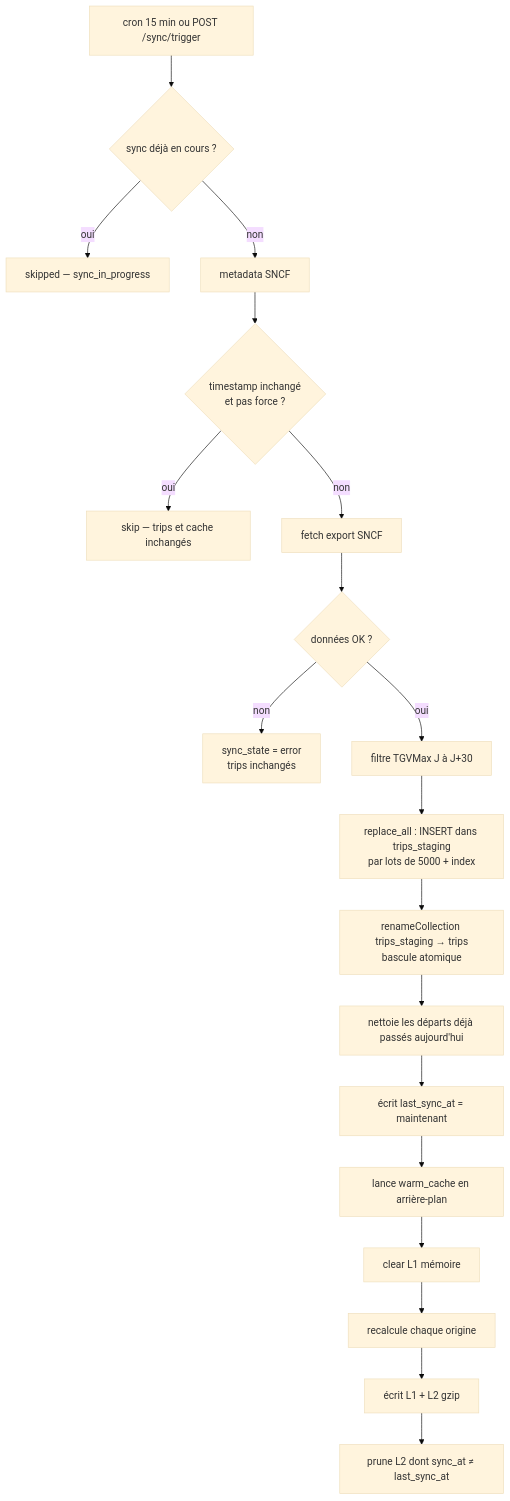
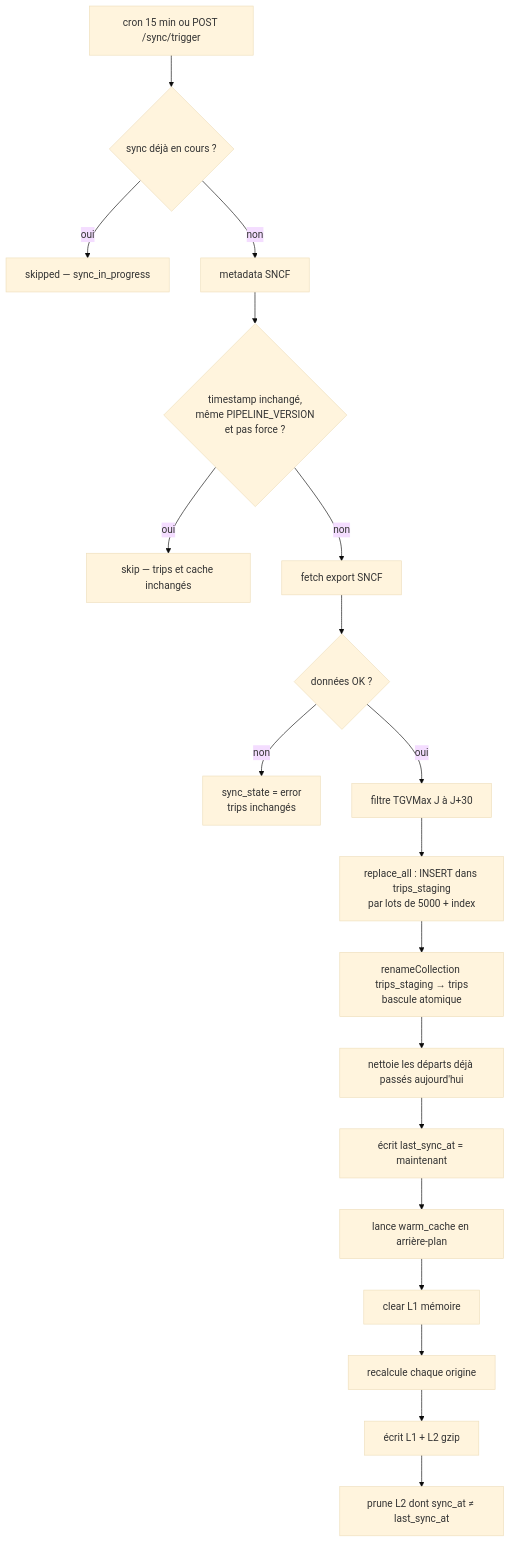
The diagram in doc/diagrams/01-sync.md (gabrielluthun/maxtracker), drawn with Mermaid (base theme) before and after one commit. The commit also changed other lines of this file and 4 other files, not shown here.

````diff
--- a/doc/diagrams/01-sync.md
+++ b/doc/diagrams/01-sync.md
@@ -13,21 +13,21 @@
 ```mermaid
 flowchart TD
   T[cron 15 min ou POST /sync/trigger] --> LK{sync déjà en cours ?}
   LK -->|oui| BZ[skipped — sync_in_progress]
   LK -->|non| A[metadata SNCF]
-  A --> S{timestamp inchangé<br/>et pas force ?}
+  A --> S{timestamp inchangé,<br/>même PIPELINE_VERSION<br/>et pas force ?}
   S -->|oui| SK[skip — trips et cache inchangés]
   S -->|non| B[fetch export SNCF]
   B --> C{données OK ?}
   C -->|non| E[sync_state = error<br/>trips inchangés]
   C -->|oui| D[filtre TGVMax J à J+30]
   D --> R["replace_all : INSERT dans trips_staging<br/>par lots de 5000 + index"]
   R --> RN["renameCollection trips_staging → trips<br/>bascule atomique"]
   RN --> F[nettoie les départs déjà passés aujourd'hui]
   F --> G[écrit last_sync_at = maintenant]
   G --> H[lance warm_cache en arrière-plan]
   H --> I[clear L1 mémoire]
   I --> J[recalcule chaque origine]
   J --> K[écrit L1 + L2 gzip]
   K --> L[prune L2 dont sync_at ≠ last_sync_at]
 ```
````
